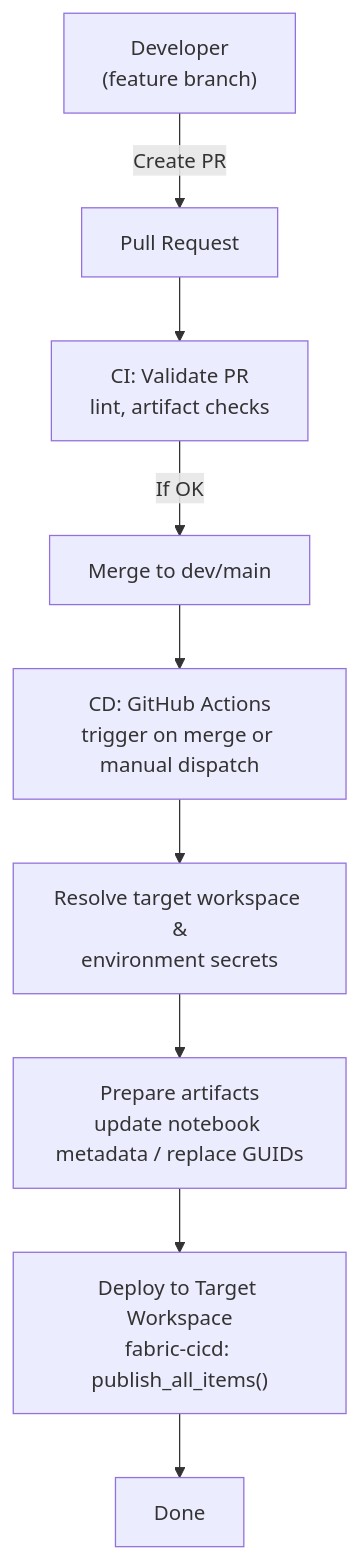
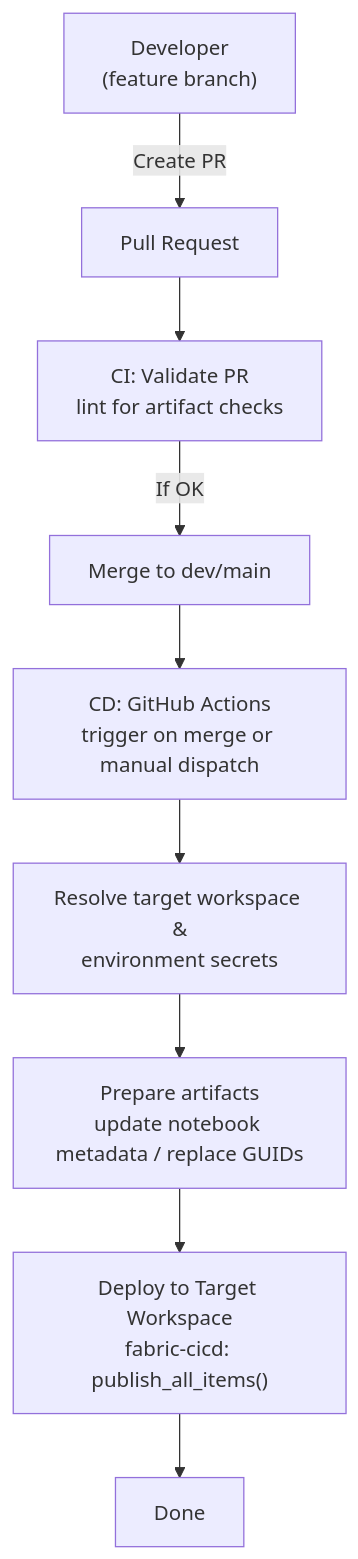
The diagram in cicd/diagrams/fabric-cicd.mermaid (anhtnt90dev/rookies-data-dn-2026), drawn with Mermaid before and after one commit. The commit also changed 2 other files, not shown here.

Commit message:
doc: update document about plan and diagram

```diff
--- a/cicd/diagrams/fabric-cicd.mermaid
+++ b/cicd/diagrams/fabric-cicd.mermaid
@@ -1,9 +1,9 @@
 flowchart TD
   A["Developer<br>(feature branch)"] -->|Create PR| B["Pull Request"]
-  B --> C["CI: Validate PR<br>lint, artifact checks"]
+  B --> C["CI: Validate PR<br>lint for artifact checks"]
   C -->|If OK| D["Merge to dev/main"]
   D --> E["CD: GitHub Actions<br>trigger on merge or manual dispatch"]
   E --> F["Resolve target workspace &<br>environment secrets"]
   F --> G["Prepare artifacts<br>update notebook metadata / replace GUIDs"]
   G --> H["Deploy to Target Workspace<br>fabric-cicd: publish_all_items()"]
   H --> N["Done"]
```
